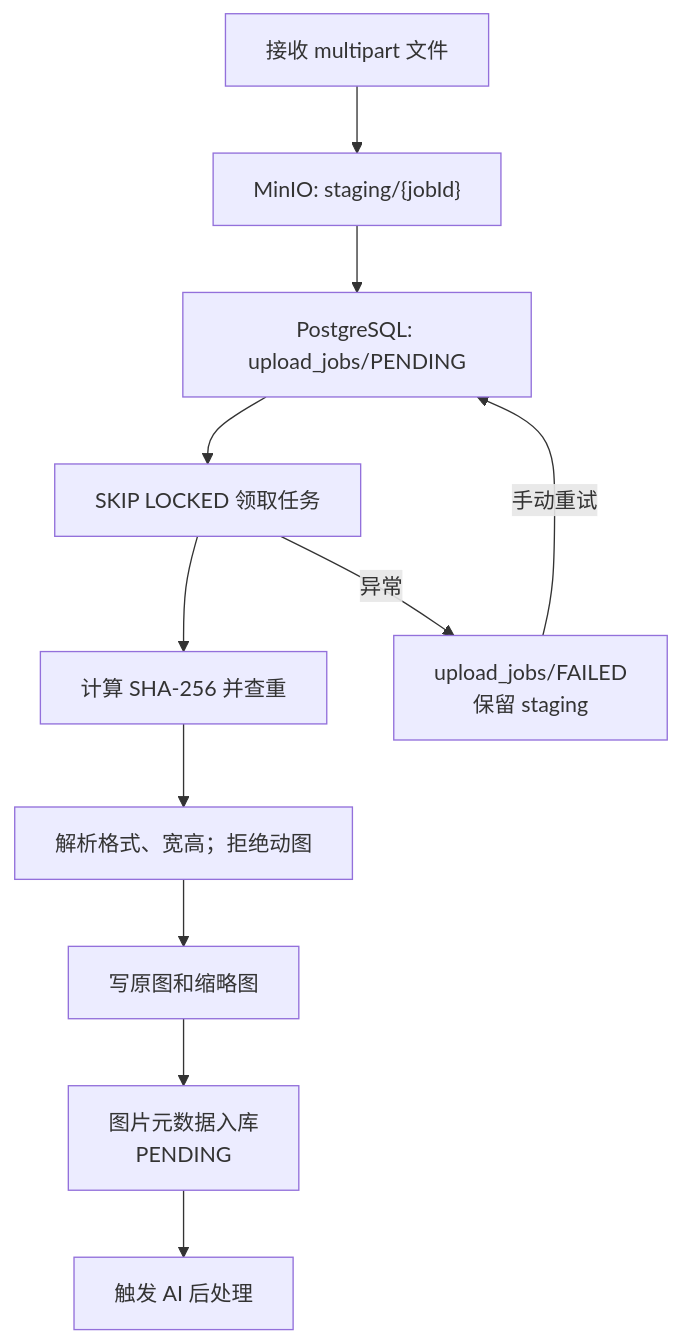
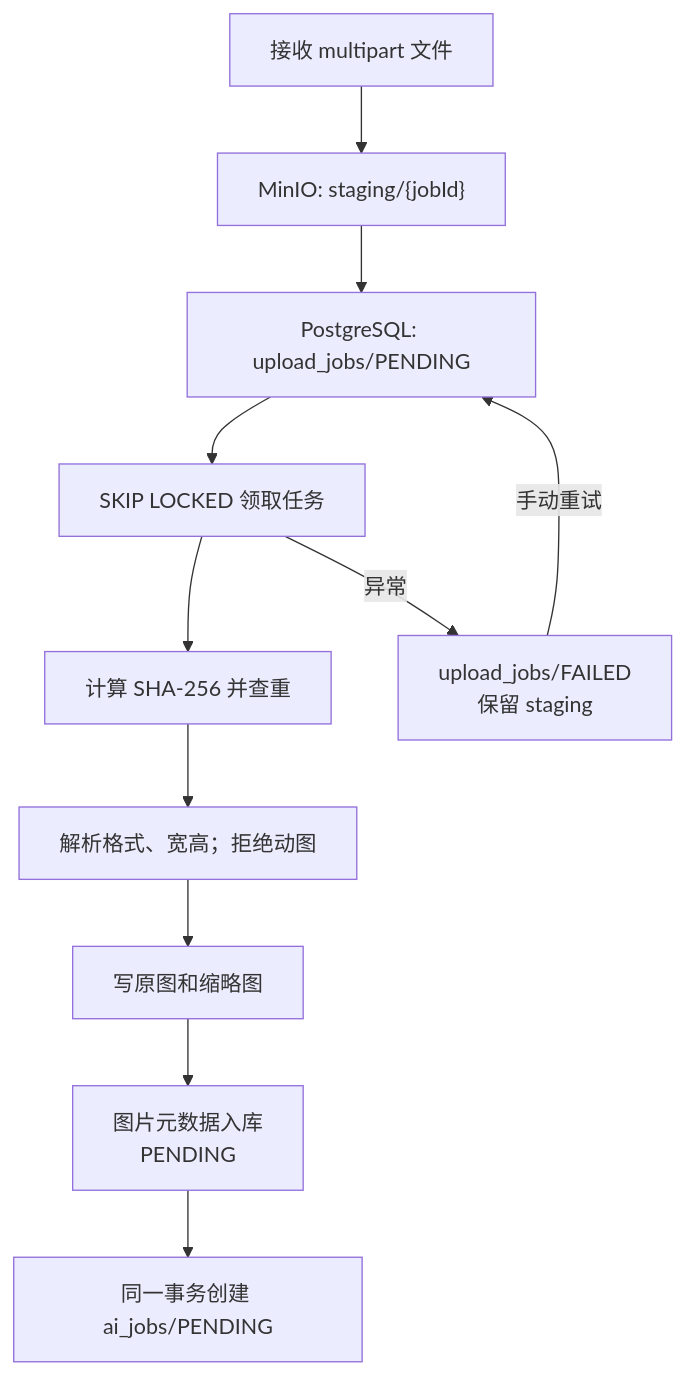
One commit to tamakara/bakabooru changed the second of 3 diagrams in docs/backend-web-service.md. Above: the diagram before and after it, drawn with Mermaid. The commit also changed other lines of this file and 73 other files, not shown here.

````diff
--- a/docs/backend-web-service.md
+++ b/docs/backend-web-service.md
@@ -57,13 +57,13 @@
 ```mermaid
 flowchart TD
     Upload["接收 multipart 文件"] --> Staging["MinIO: staging/{jobId}"]
     Staging --> Queue["PostgreSQL: upload_jobs/PENDING"]
     Queue --> Worker["SKIP LOCKED 领取任务"]
     Worker --> Hash["计算 SHA-256 并查重"]
     Hash --> Meta["解析格式、宽高；拒绝动图"]
     Meta --> Objects["写原图和缩略图"]
     Objects --> Insert["图片元数据入库<br/>PENDING"]
-    Insert --> Async["触发 AI 后处理"]
+    Insert --> Async["同一事务创建 ai_jobs/PENDING"]
     Worker -->|"异常"| Failed["upload_jobs/FAILED<br/>保留 staging"]
     Failed -->|"手动重试"| Queue
 ```
````
